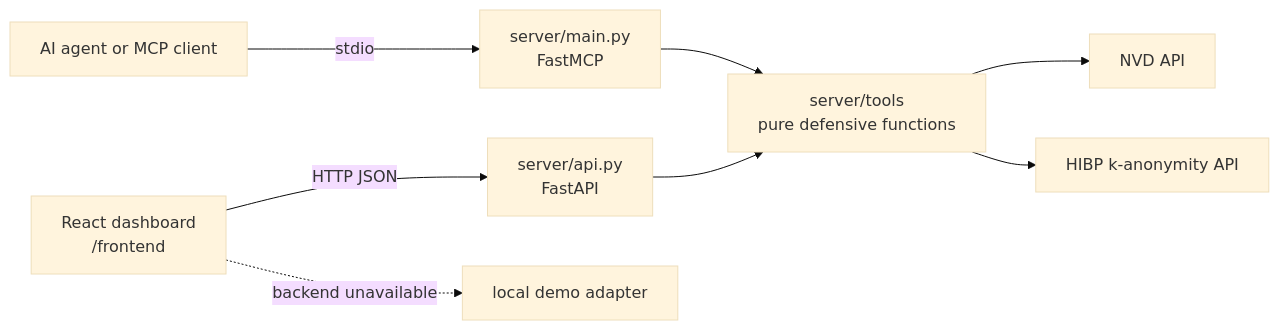
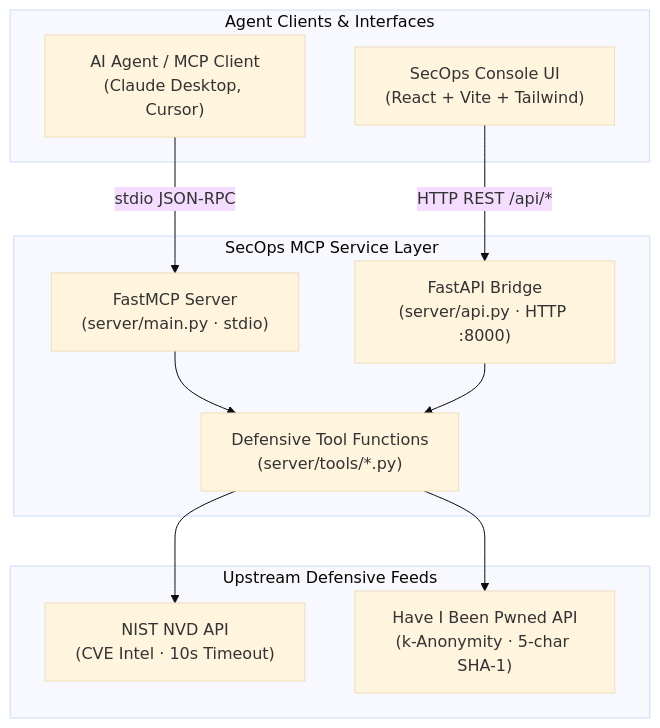
Before and after one commit to absolutenoobtechie/mcp-demo: the diagram in README.md, drawn with Mermaid (base theme). The commit also changed other lines of this file, not shown here.

Commit message:
docs: overhaul README with hero, architecture, and live demo

````diff
--- a/README.md
+++ b/README.md
@@ -11,10 +76,25 @@
 ```mermaid
-flowchart LR
-  Agent[AI agent or MCP client] -->|stdio| MCP[server/main.py\nFastMCP]
-  UI[React dashboard\n/frontend] -->|HTTP JSON| API[server/api.py\nFastAPI]
-  MCP --> Tools[server/tools\npure defensive functions]
+flowchart TB
+  subgraph Clients["Agent Clients & Interfaces"]
+    Agent["AI Agent / MCP Client<br/>(Claude Desktop, Cursor)"]
+    UI["SecOps Console UI<br/>(React + Vite + Tailwind)"]
+  end
+
+  subgraph Service["SecOps MCP Service Layer"]
+    MCP["FastMCP Server<br/>(server/main.py · stdio)"]
+    API["FastAPI Bridge<br/>(server/api.py · HTTP :8000)"]
+    Tools["Defensive Tool Functions<br/>(server/tools/*.py)"]
+  end
+
+  subgraph Intel["Upstream Defensive Feeds"]
+    NVD["NIST NVD API<br/>(CVE Intel · 10s Timeout)"]
+    HIBP["Have I Been Pwned API<br/>(k-Anonymity · 5-char SHA-1)"]
+  end
+
+  Agent -->|stdio JSON-RPC| MCP
+  UI -->|HTTP REST /api/*| API
+  MCP --> Tools
   API --> Tools
-  Tools --> NVD[NVD API]
-  Tools --> HIBP[HIBP k-anonymity API]
-  UI -. backend unavailable .-> Mock[local demo adapter]
+  Tools --> NVD
+  Tools --> HIBP
 ```
````
